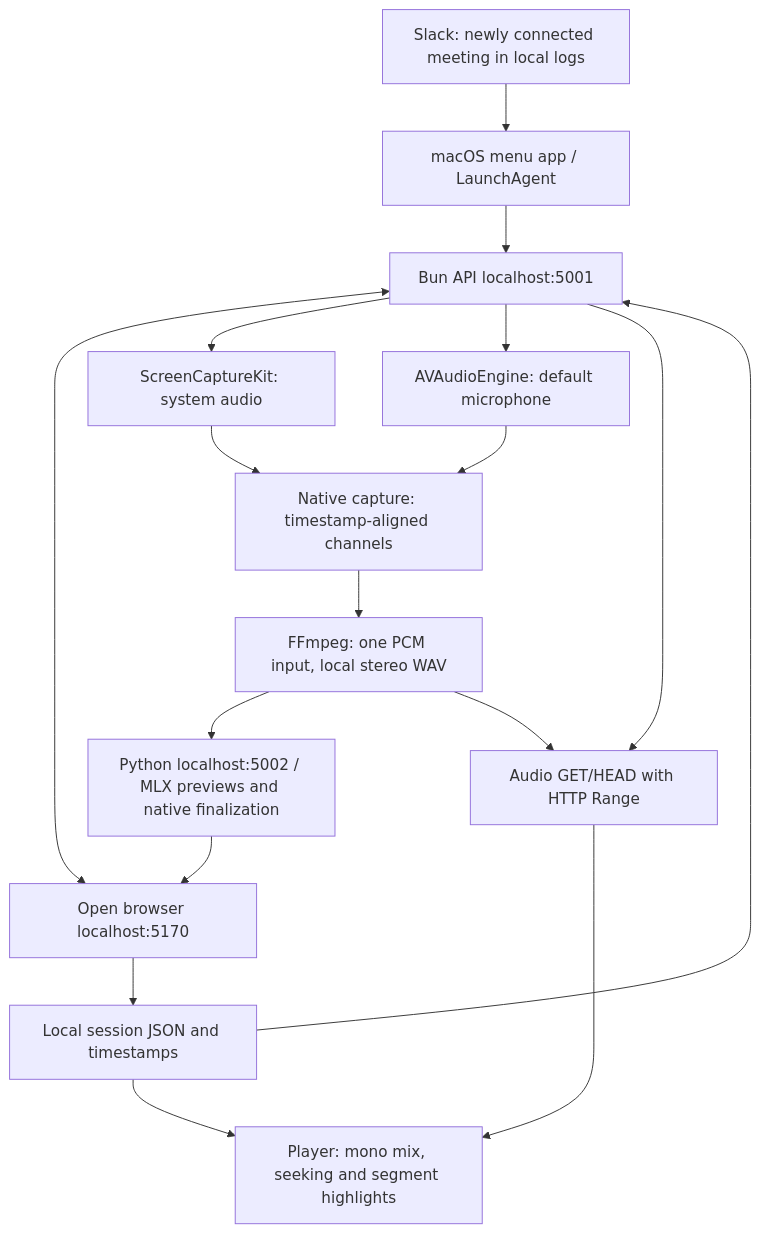
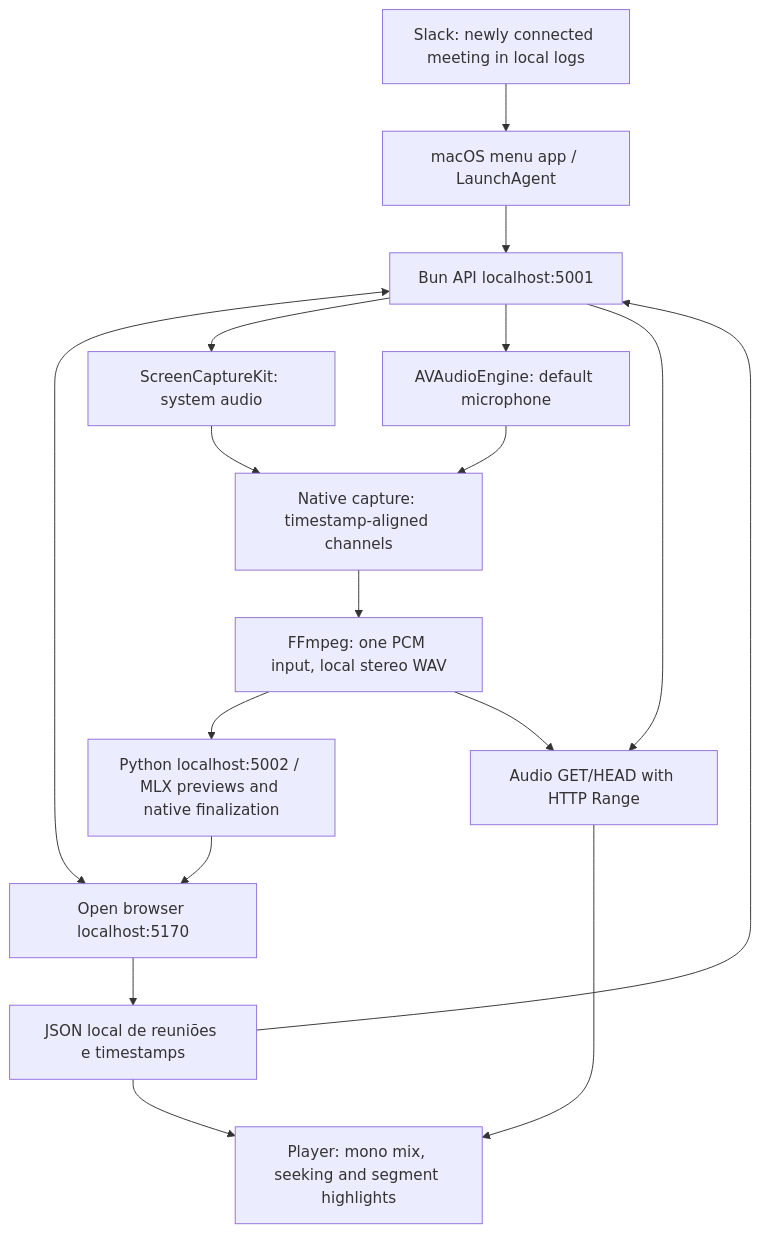
Before and after one commit to augustocbx/heed-macos: the diagram in README.md, drawn with Mermaid. The commit also changed other lines of this file and 13 other files, not shown here.

````diff
--- a/README.md
+++ b/README.md
@@ -101,19 +101,19 @@
 ```mermaid
 flowchart TD
     S[Slack: newly connected meeting in local logs] --> A[macOS menu app / LaunchAgent]
     A --> B[Bun API localhost:5001]
     B <--> C[Open browser localhost:5170]
     B --> D[ScreenCaptureKit: system audio]
     B --> E[AVAudioEngine: default microphone]
     D --> K[Native capture: timestamp-aligned channels]
     E --> K
     K --> F[FFmpeg: one PCM input, local stereo WAV]
     F --> G[Python localhost:5002 / MLX previews and native finalization]
     G --> C
-    C --> H[Local session JSON and timestamps]
+    C --> H[JSON local de reuniões e timestamps]
     H --> B
     F --> I[Audio GET/HEAD with HTTP Range]
     B --> I
     I --> J[Player: mono mix, seeking and segment highlights]
     H --> J
 ```
````
